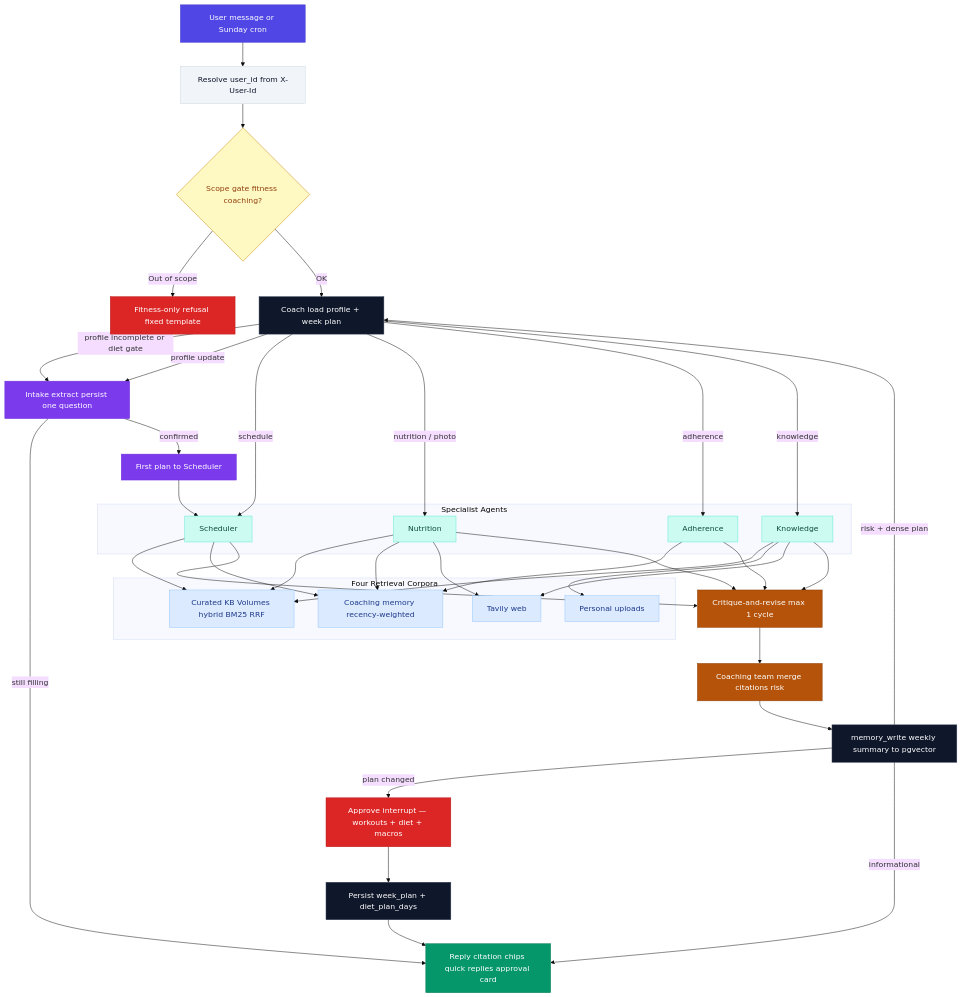
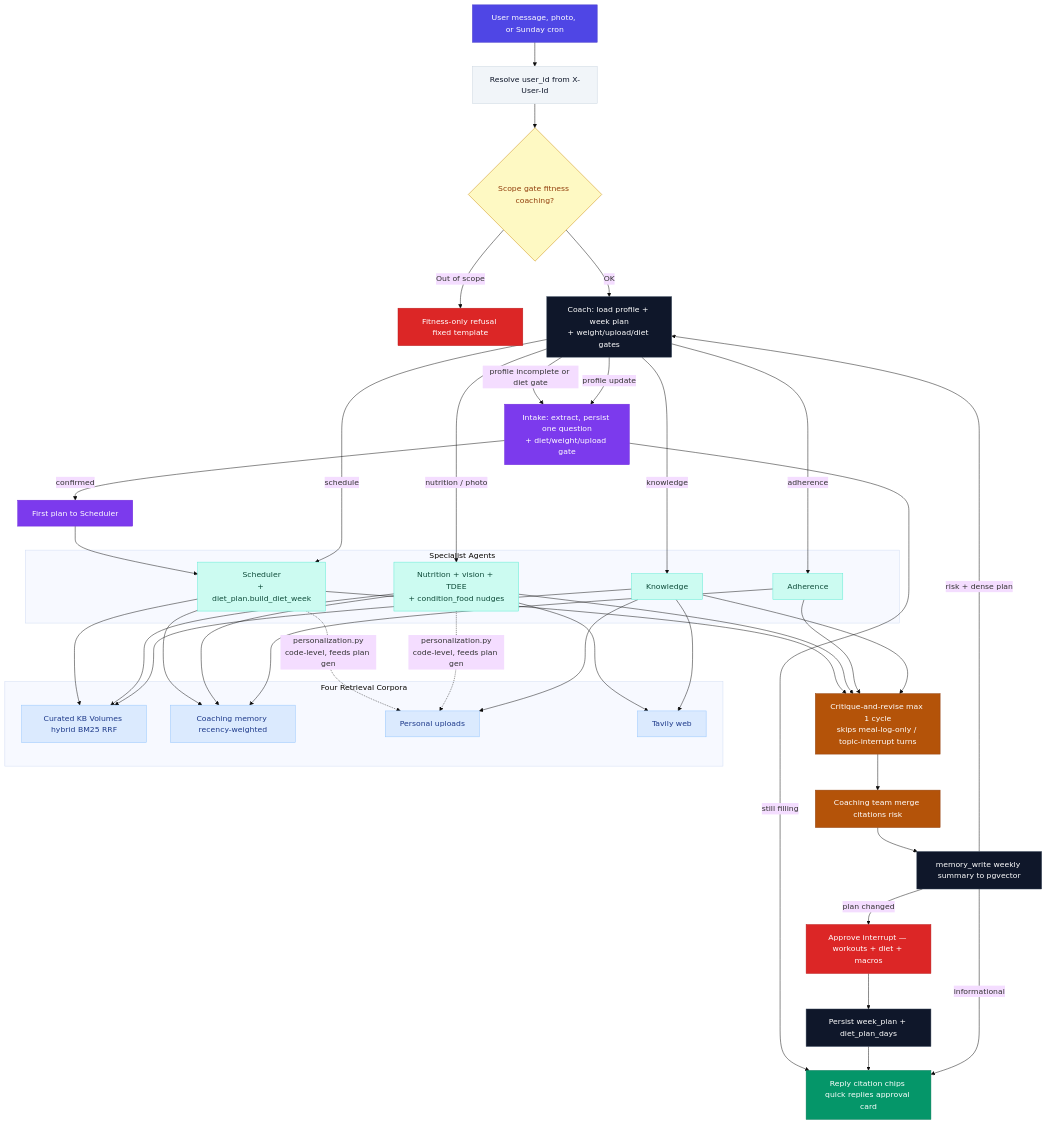
Before and after one commit to saurabhIU/SteadyFit: the third of 3 diagrams in deliverables.md, drawn with Mermaid (base theme). The commit also changed other lines of this file and 1 other file, not shown here.

Commit message:
docs: update architecture diagrams to reflect diet plan, photo logging, condition-aware nutrition, council critique, and the retriever fix

````diff
--- a/deliverables.md
+++ b/deliverables.md
@@ -197,16 +205,16 @@
 ```mermaid
 flowchart TD
-    IN[User message or Sunday cron]
+    IN[User message, photo, or Sunday cron]
     UID[Resolve user_id from X-User-Id]
     SG{Scope gate fitness coaching?}
     REJ[Fitness-only refusal fixed template]
-    COACH[Coach load profile + week plan]
-    INT[Intake extract persist one question]
+    COACH[Coach: load profile + week plan<br/>+ weight/upload/diet gates]
+    INT[Intake: extract, persist one question<br/>+ diet/weight/upload gate]
     FIRST[First plan to Scheduler]
 
     subgraph SPECIALISTS[Specialist Agents]
-        SCH[Scheduler]
-        NUT[Nutrition]
+        SCH[Scheduler<br/>+ diet_plan.build_diet_week]
+        NUT[Nutrition + vision + TDEE<br/>+ condition_food nudges]
         ADH[Adherence]
         KNOW[Knowledge]
     end
@@ -218,7 +226,7 @@
         WEB[Tavily web]
     end
 
-    CRIT[Critique-and-revise max 1 cycle]
+    CRIT[Critique-and-revise max 1 cycle<br/>skips meal-log-only / topic-interrupt turns]
     TEAM[Coaching team merge citations risk]
     MWRITE[memory_write weekly summary to pgvector]
     HITL[Approve interrupt — workouts + diet + macros]
@@ -240,9 +248,11 @@
     COACH -->|knowledge| KNOW
     SCH --> KB
     SCH --> MEM
+    SCH -.->|personalization.py<br/>code-level, feeds plan gen| PERS
     NUT --> KB
     NUT --> MEM
     NUT --> WEB
+    NUT -.->|personalization.py<br/>code-level, feeds plan gen| PERS
     ADH --> MEM
     KNOW --> KB
     KNOW --> PERS
````
